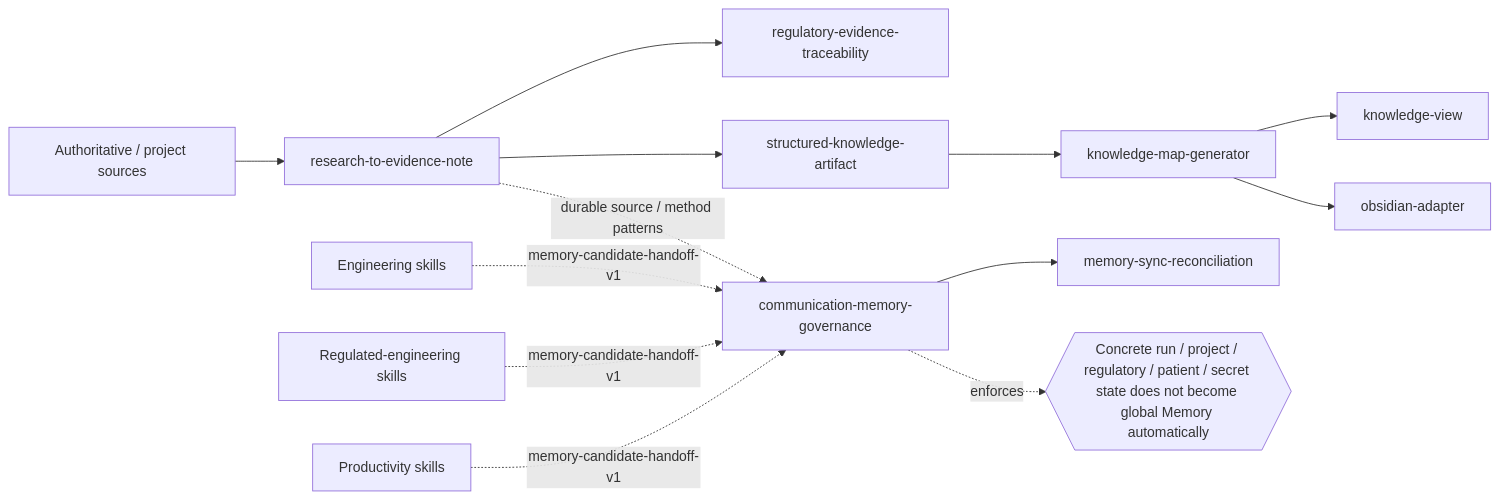
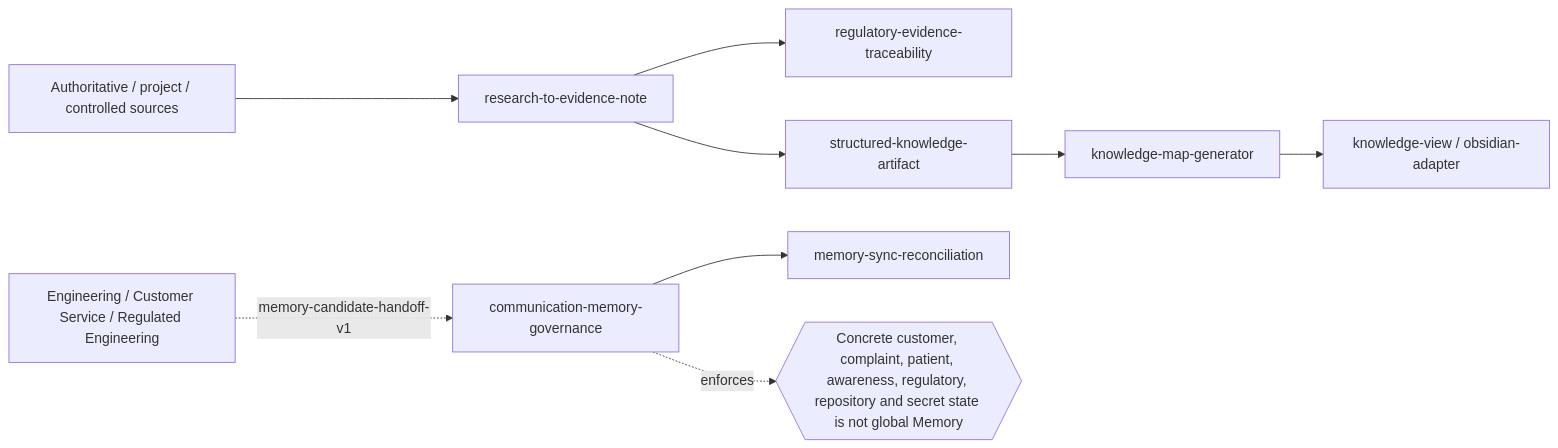
The fifth of 6 diagrams in docs/SKILL-UNIVERSE.md (GithubLarsKomo/skillz), drawn with Mermaid before and after one commit. The commit also changed other lines of this file, not shown here.

Commit message:
Update skill universe with customer service complaint lifecycle

````diff
--- a/docs/SKILL-UNIVERSE.md
+++ b/docs/SKILL-UNIVERSE.md
@@ -344,30 +296,20 @@
 ```mermaid
 flowchart LR
-    SOURCE[Authoritative / project sources]
+    SOURCE[Authoritative / project / controlled sources]
     RESEARCH[research-to-evidence-note]
     TRACE[regulatory-evidence-traceability]
     STRUCT[structured-knowledge-artifact]
     MAP[knowledge-map-generator]
-    VIEW[knowledge-view]
-    OBS[obsidian-adapter]
+    VIEW[knowledge-view / obsidian-adapter]
 
-    ENG[Engineering skills]
-    REG[Regulated-engineering skills]
-    PROD[Productivity skills]
+    SKILLS[Engineering / Customer Service / Regulated Engineering]
     MEM[communication-memory-governance]
     SYNC[memory-sync-reconciliation]
 
-    SOURCE --> RESEARCH
-    RESEARCH --> TRACE
+    SOURCE --> RESEARCH --> TRACE
     RESEARCH --> STRUCT --> MAP --> VIEW
-    MAP --> OBS
+    SKILLS -. memory-candidate-handoff-v1 .-> MEM --> SYNC
 
-    ENG -. memory-candidate-handoff-v1 .-> MEM
-    REG -. memory-candidate-handoff-v1 .-> MEM
-    PROD -. memory-candidate-handoff-v1 .-> MEM
-    RESEARCH -. durable source / method patterns .-> MEM
-    MEM --> SYNC
-
-    RULE{{Concrete run / project / regulatory / patient / secret state does not become global Memory automatically}}
+    RULE{{Concrete customer, complaint, patient, awareness, regulatory, repository and secret state is not global Memory}}
     MEM -. enforces .-> RULE
 ```
````
